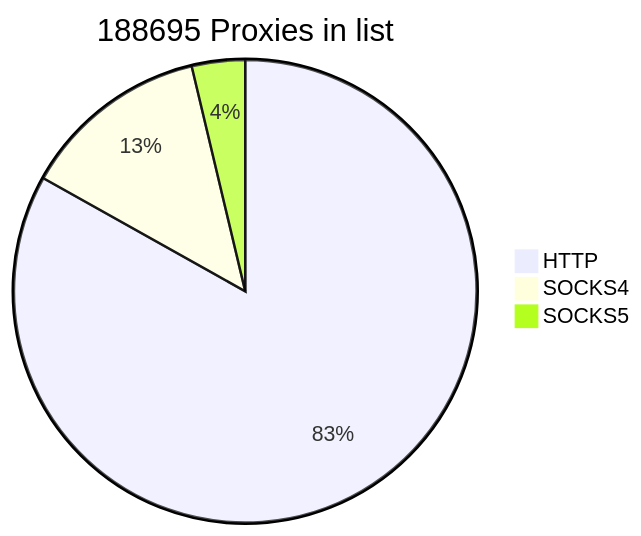
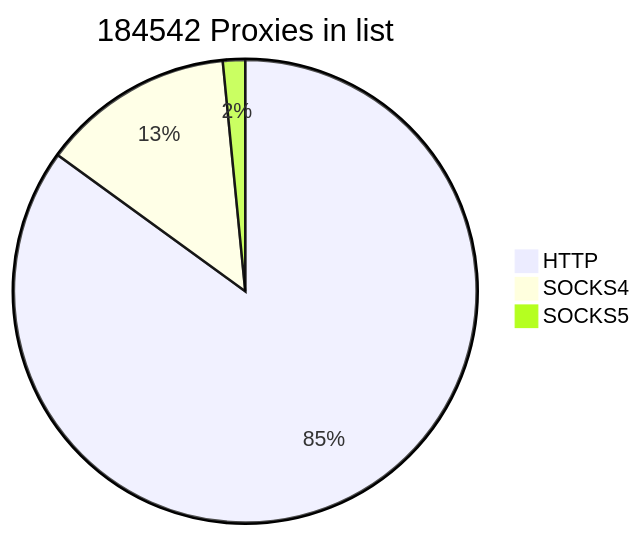
Before and after one commit to cutipu/proxylist: the first of 2 diagrams in README.md, drawn with Mermaid. The commit also changed other lines of this file, not shown here.

````diff
--- a/README.md
+++ b/README.md
@@ -2,7 +2,7 @@
 ```mermaid
-pie title 188695 Proxies in list
+pie title 184542 Proxies in list
     "HTTP" : 156856
     "SOCKS4" : 24819
-    "SOCKS5" : 7020
+    "SOCKS5" : 2867
             
 ```
````
